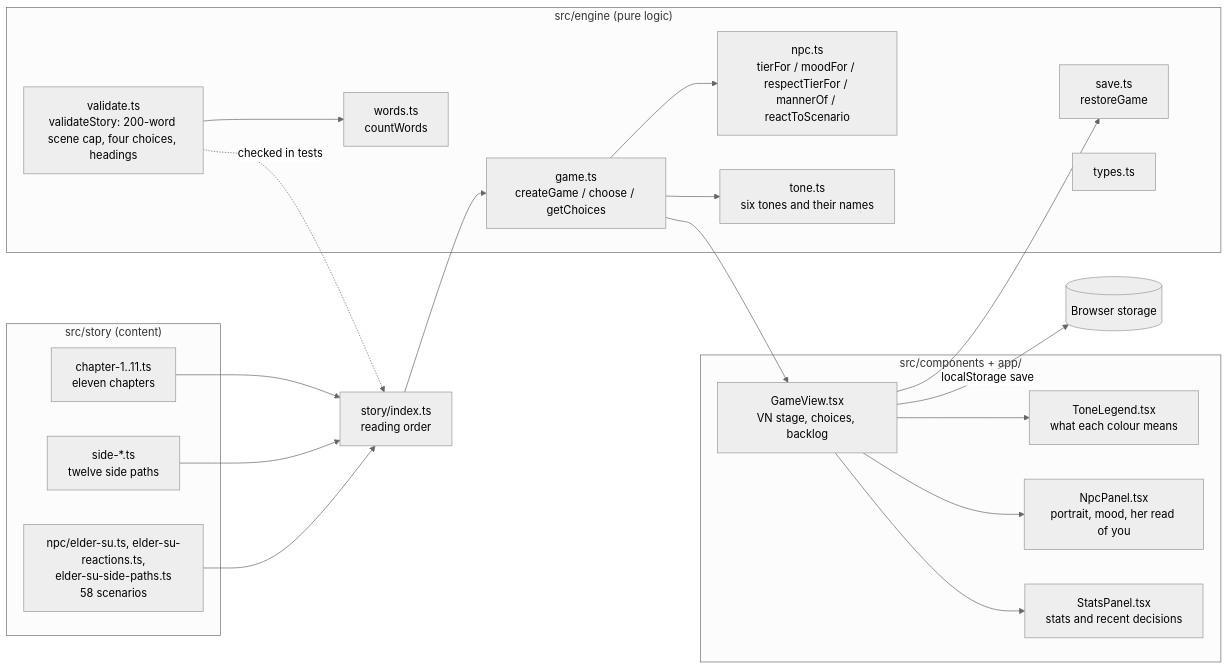
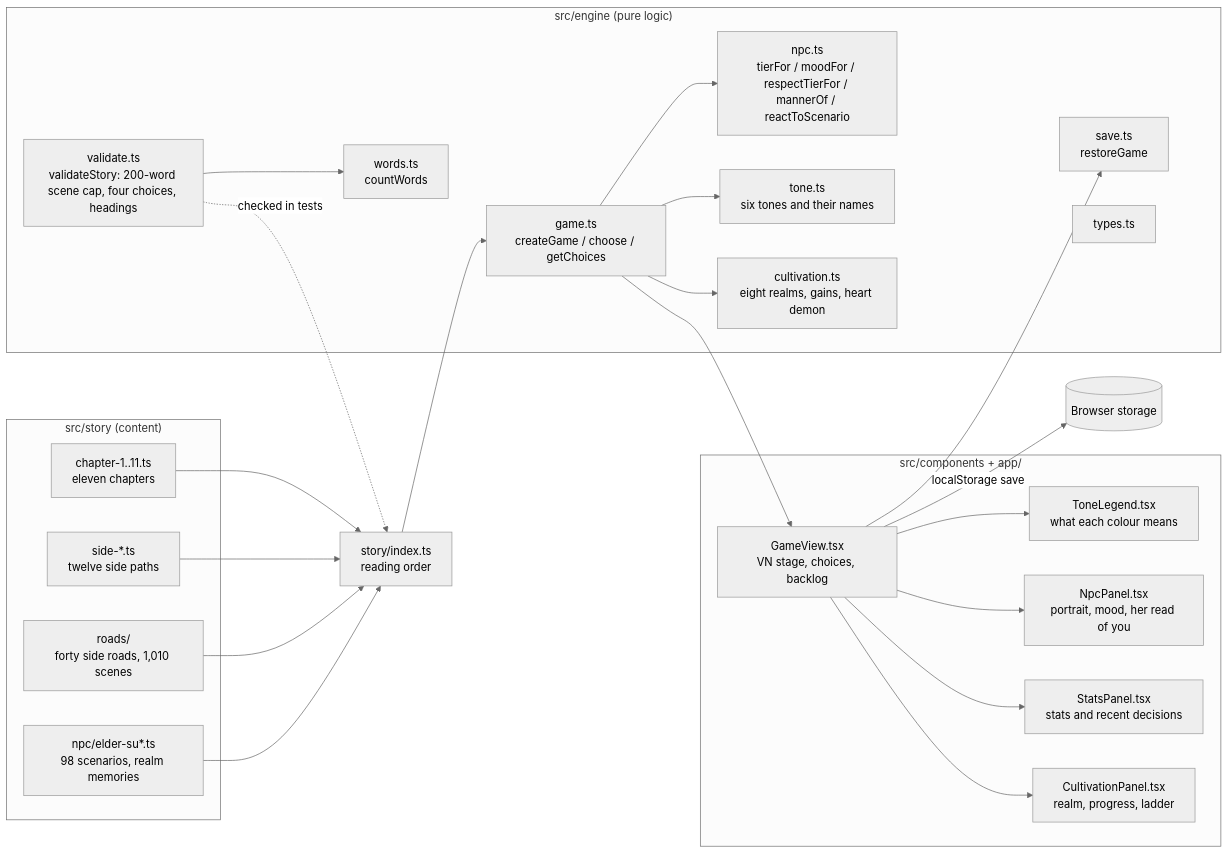
Before and after one commit to jgyy/nextxian: the first of 19 diagrams in docs/ARCHITECTURE.md, drawn with Mermaid (neutral theme). The commit also changed other lines of this file and 28 other files, not shown here.

First line of the commit message:
Add 1,000 side-road scenes, cultivation realms from Mortal up, and a realm-aware Elder (#7)

````diff
--- a/docs/ARCHITECTURE.md
+++ b/docs/ARCHITECTURE.md
@@ -5,34 +5,38 @@
 ```mermaid
 flowchart LR
   subgraph Story["src/story (content)"]
     C["chapter-1..11.ts<br/>eleven chapters"]
     SD["side-*.ts<br/>twelve side paths"]
-    NPC["npc/elder-su.ts, elder-su-reactions.ts,<br/>elder-su-side-paths.ts<br/>58 scenarios"]
+    RD["roads/<br/>forty side roads, 1,010 scenes"]
+    NPC["npc/elder-su*.ts<br/>98 scenarios, realm memories"]
   end
   subgraph Engine["src/engine (pure logic)"]
     G["game.ts<br/>createGame / choose / getChoices"]
     N["npc.ts<br/>tierFor / moodFor / respectTierFor / mannerOf / reactToScenario"]
     TN["tone.ts<br/>six tones and their names"]
+    CU["cultivation.ts<br/>eight realms, gains, heart demon"]
     V["validate.ts<br/>validateStory: 200-word scene cap, four choices, headings"]
     SV["save.ts<br/>restoreGame"]
     W["words.ts<br/>countWords"]
     T["types.ts"]
   end
   subgraph UI["src/components + app/"]
     GV["GameView.tsx<br/>VN stage, choices, backlog"]
     TL["ToneLegend.tsx<br/>what each colour means"]
     NP["NpcPanel.tsx<br/>portrait, mood, her read of you"]
     SP["StatsPanel.tsx<br/>stats and recent decisions"]
+    CP["CultivationPanel.tsx<br/>realm, progress, ladder"]
   end
-  C & SD & NPC --> S["story/index.ts<br/>reading order"]
+  C & SD & RD & NPC --> S["story/index.ts<br/>reading order"]
   S --> G
   G --> N
   G --> TN
+  G --> CU
   V -. checked in tests .-> S
   V --> W
   G --> GV
   GV --> TL
   GV --> SV
-  GV --> NP & SP
+  GV --> NP & SP & CP
   GV -->|localStorage save| Storage[("Browser storage")]
 ```
````
